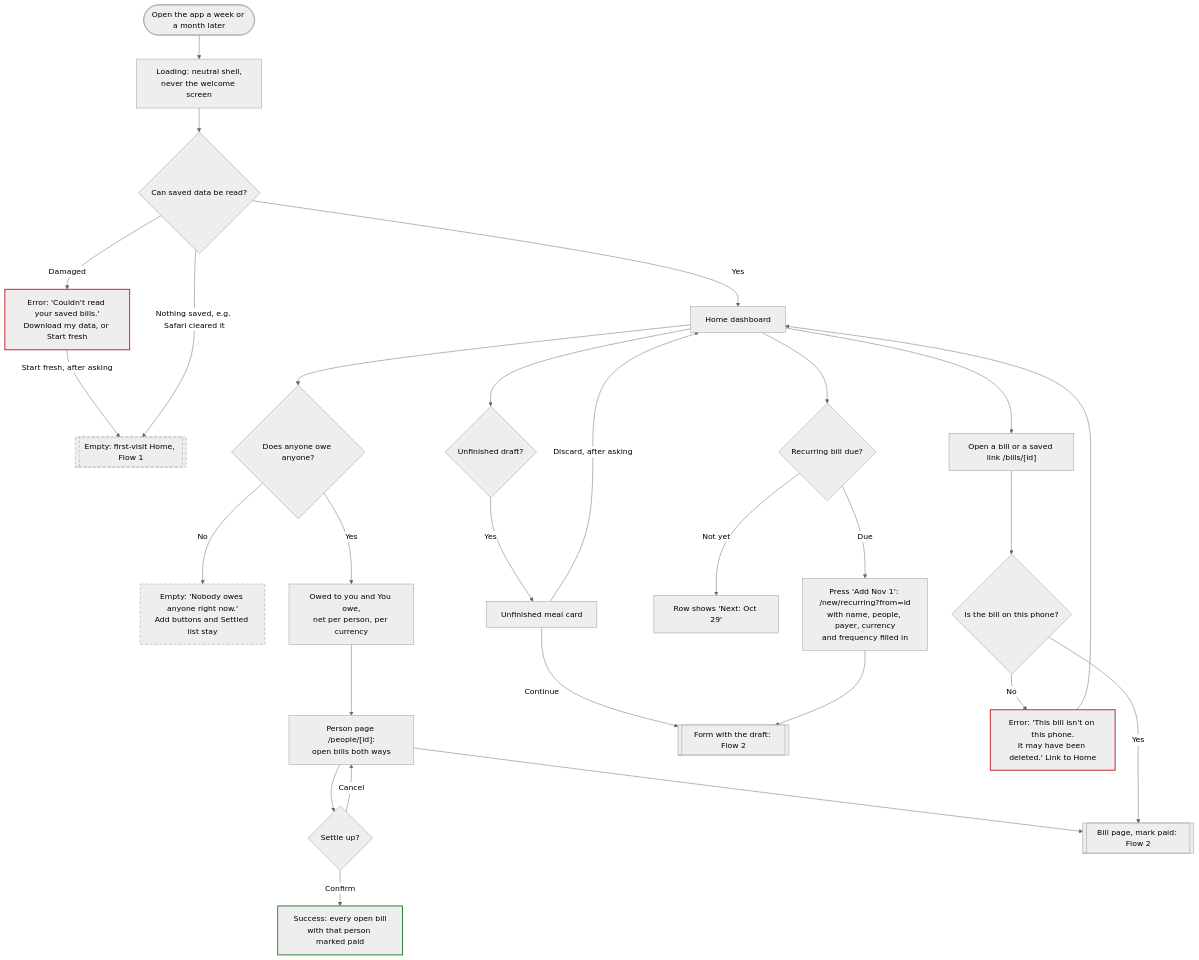
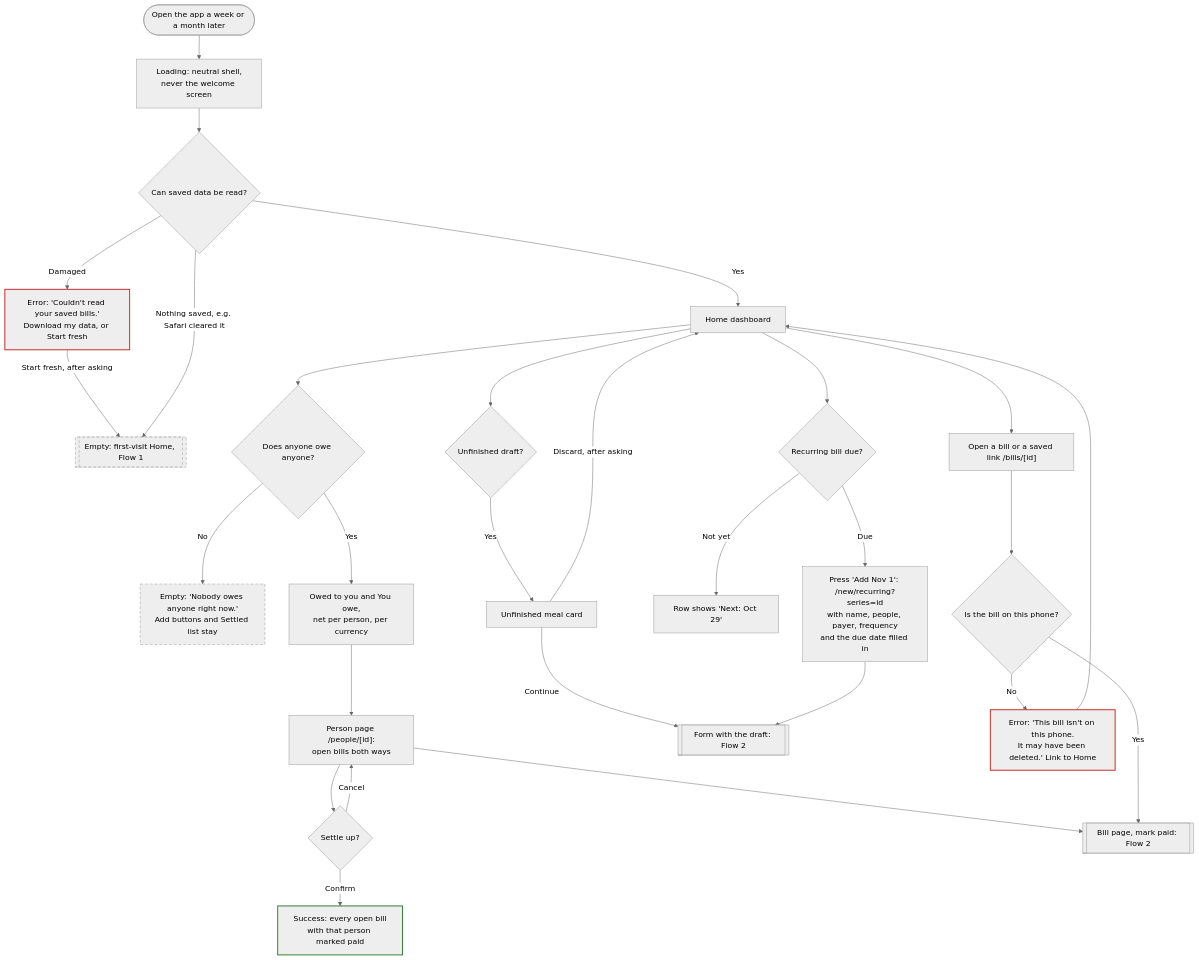
One commit to quincyleung/bill-splitter changed the third of 3 diagrams in README.md. Above: the diagram before and after it, drawn with Mermaid (neutral theme). The commit also changed 17 other files, not shown here.

Commit message:
Returning Home: Welcome back, who owes you and for how long, you owe, recurring due

````diff
--- a/README.md
+++ b/README.md
@@ -108,37 +108,37 @@
 ```mermaid
 flowchart TD
   start(["Open the app a week or a month later"]) --> loading["Loading: neutral shell,<br/>never the welcome screen"]
   loading --> readData{"Can saved data be read?"}
   readData -->|Damaged| errData["Error: 'Couldn't read your saved bills.'<br/>Download my data, or Start fresh"]
   errData -->|Start fresh, after asking| firstVisit[["Empty: first-visit Home, Flow 1"]]
   readData -->|Nothing saved, e.g. Safari cleared it| firstVisit
   readData -->|Yes| dash["Home dashboard"]
   dash --> anyOwed{"Does anyone owe anyone?"}
   anyOwed -->|No| allClear["Empty: 'Nobody owes anyone right now.'<br/>Add buttons and Settled list stay"]
   anyOwed -->|Yes| balances["Owed to you and You owe,<br/>net per person, per currency"]
   balances --> person["Person page /people/[id]:<br/>open bills both ways"]
   person --> settleUp{"Settle up?"}
   settleUp -->|Confirm| settledUp["Success: every open bill<br/>with that person marked paid"]
   settleUp -->|Cancel| person
   person --> billPage
   dash --> hasDraft{"Unfinished draft?"}
   hasDraft -->|Yes| draftCard["Unfinished meal card"]
   draftCard -->|Continue| form[["Form with the draft: Flow 2"]]
   draftCard -->|Discard, after asking| dash
   dash --> recurring{"Recurring bill due?"}
   recurring -->|Not yet| nextDate["Row shows 'Next: Oct 29'"]
-  recurring -->|Due| addNext["Press 'Add Nov 1': /new/recurring?from=id<br/>with name, people, payer, currency<br/>and frequency filled in"]
+  recurring -->|Due| addNext["Press 'Add Nov 1': /new/recurring?series=id<br/>with name, people, payer, frequency<br/>and the due date filled in"]
   addNext --> form
   dash --> openBill["Open a bill or a saved link /bills/[id]"]
   openBill --> exists{"Is the bill on this phone?"}
   exists -->|No| errMissing["Error: 'This bill isn't on this phone.<br/>It may have been deleted.' Link to Home"]
   errMissing --> dash
   exists -->|Yes| billPage[["Bill page, mark paid: Flow 2"]]
 
   classDef error stroke:#c62828,stroke-width:2px
   classDef empty stroke-dasharray:6 4
   classDef success stroke:#2e7d32,stroke-width:2px
   class errData,errMissing error
   class firstVisit,allClear empty
   class settledUp success
 ```
````
